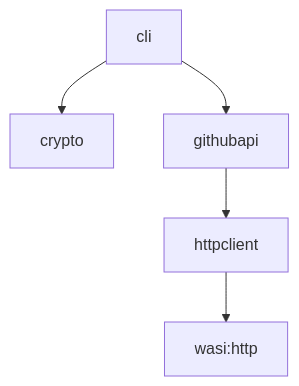
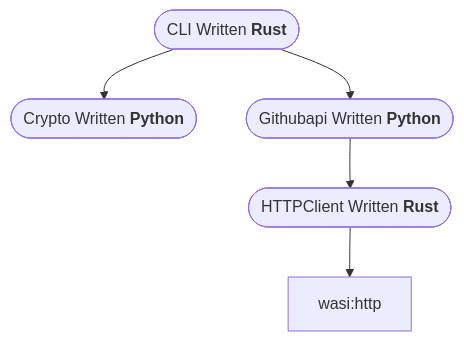
The diagram in README.md (dipankardas011/wae), drawn with Mermaid before and after one commit.

Commit message:
updated the depepdency graph

````diff
--- a/README.md
+++ b/README.md
@@ -14,7 +14,7 @@
 ```mermaid
 graph TD;
-    cli-->crypto;
-    cli-->githubapi;
-    githubapi-->httpclient;
+    cli(["`CLI Written **Rust**`"])-->crypto(["`Crypto Written **Python**`"]);
+    cli-->githubapi(["`Githubapi Written **Python**`"]);
+    githubapi-->httpclient(["`HTTPClient Written **Rust**`"]);
     httpclient-->wasi:http;
 ```
````
